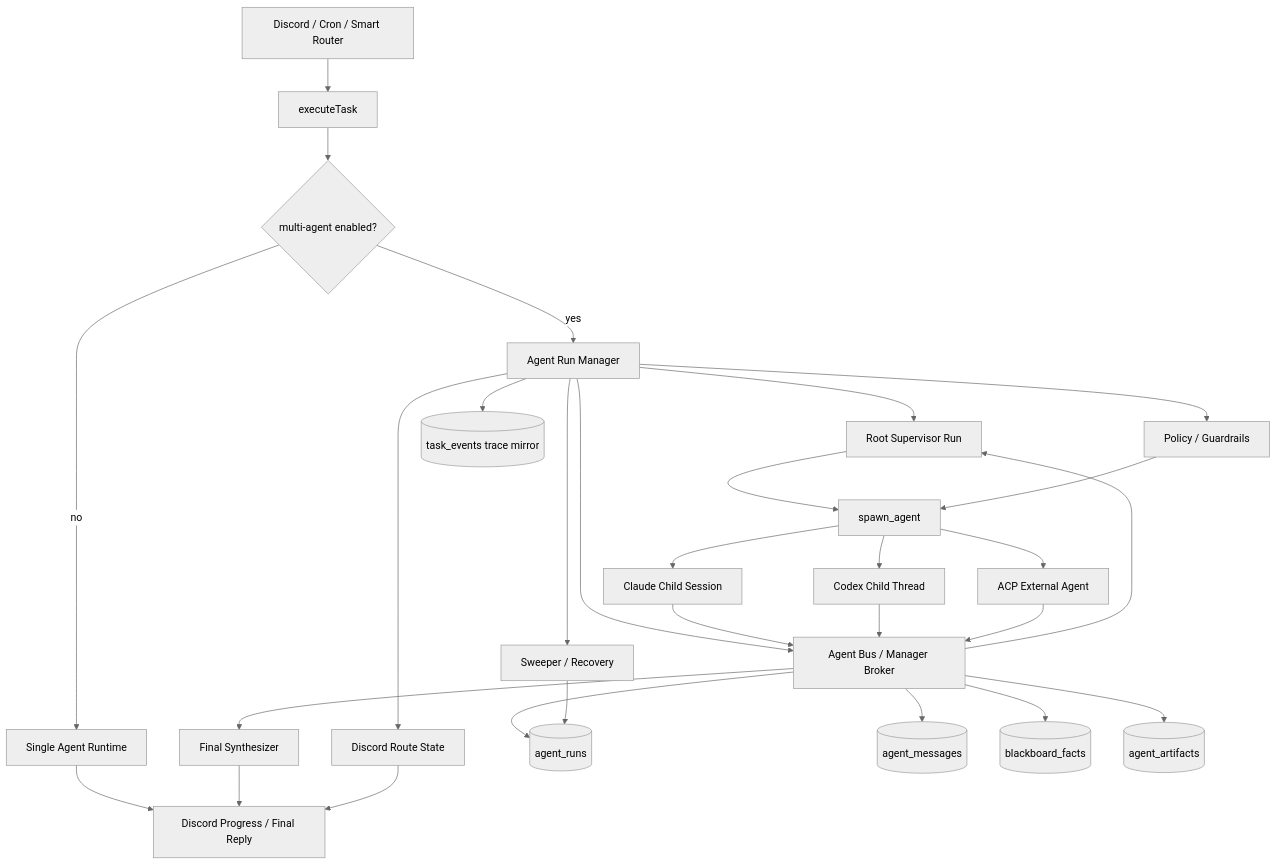
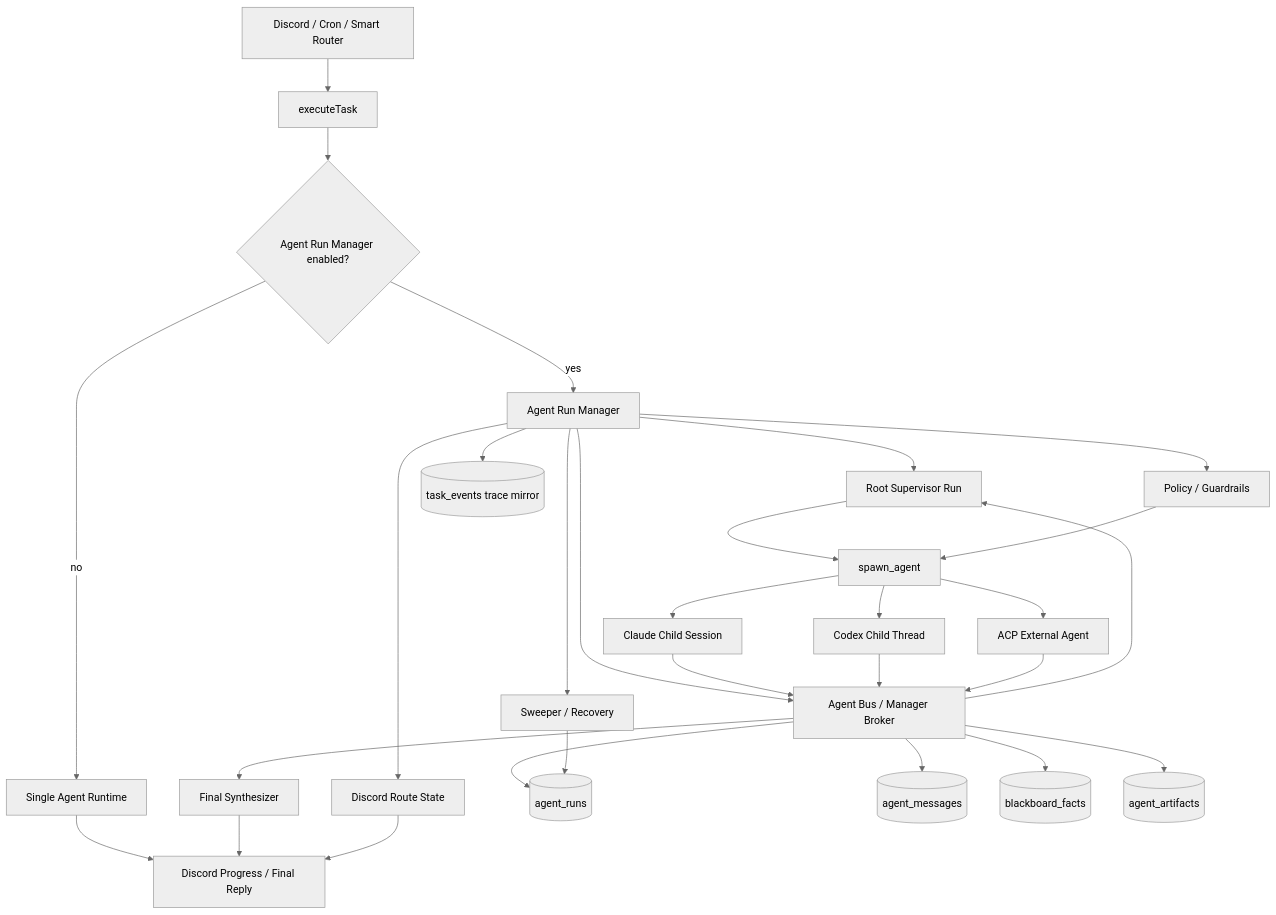
The diagram in docs/plans/2026-05-14-agent-run-manager.md (yuanyunfan/miniclaw), drawn with Mermaid (neutral theme) before and after one commit. The commit also changed other lines of this file and 90 other files, not shown here.

````diff
--- a/docs/plans/2026-05-14-agent-run-manager.md
+++ b/docs/plans/2026-05-14-agent-run-manager.md
@@ -104,36 +58,36 @@
 ```mermaid
 flowchart TD
   A[Discord / Cron / Smart Router] --> B[executeTask]
-  B --> C{multi-agent enabled?}
+  B --> C{Agent Run Manager enabled?}
   C -- no --> S[Single Agent Runtime]
   C -- yes --> M[Agent Run Manager]
 
   M --> R[Root Supervisor Run]
   M --> Route[Discord Route State]
   M --> Bus[Agent Bus / Manager Broker]
   M --> Policy[Policy / Guardrails]
   M --> Sweep[Sweeper / Recovery]
 
   R --> Spawn[spawn_agent]
   Policy --> Spawn
   Spawn --> CC[Claude Child Session]
   Spawn --> CX[Codex Child Thread]
   Spawn --> ACP[ACP External Agent]
 
   CC --> Bus
   CX --> Bus
   ACP --> Bus
   Bus --> R
   Bus --> Synth[Final Synthesizer]
 
   Bus --> Runs[(agent_runs)]
   Bus --> Msgs[(agent_messages)]
   Bus --> Facts[(blackboard_facts)]
   Bus --> Arts[(agent_artifacts)]
   M --> Events[(task_events trace mirror)]
   Sweep --> Runs
 
   S --> UX[Discord Progress / Final Reply]
   Synth --> UX
   Route --> UX
 ```
````
